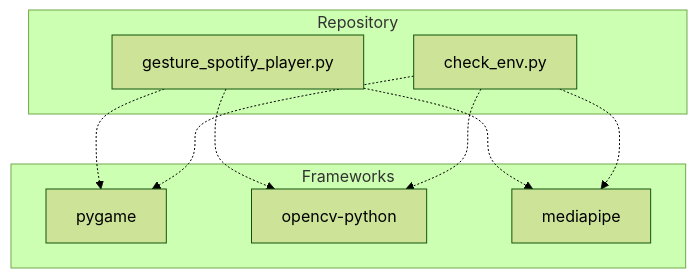
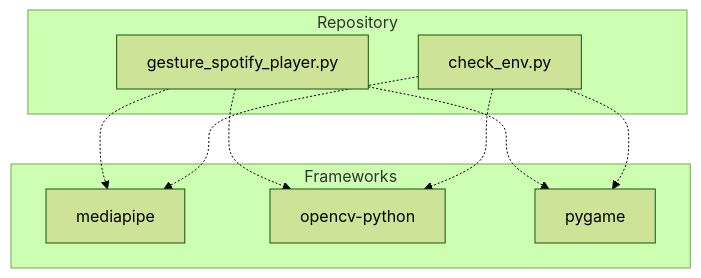
Before and after one commit to NITISH-R-G/PalmPlay1: the first of 2 diagrams in README.md, drawn with Mermaid (forest theme). The commit also changed other lines of this file and 3 other files, not shown here.

Commit message:
docs: update repository documentation and diagrams [skip ci]

````diff
--- a/README.md
+++ b/README.md
@@ -39,20 +39,20 @@
 ```mermaid
 graph TD
     subgraph Repository
         gesture_spotify_player_py[gesture_spotify_player.py]
         check_env_py[check_env.py]
         click gesture_spotify_player_py href "https://github.com/NITISH-R-G/PalmPlay1/blob/main/gesture_spotify_player.py" "View source code"
         click check_env_py href "https://github.com/NITISH-R-G/PalmPlay1/blob/main/check_env.py" "View source code"
     end
     subgraph Frameworks
+        fw_mediapipe[mediapipe]
+        fw_opencv_python[opencv-python]
         fw_pygame[pygame]
-        fw_opencv_python[opencv-python]
-        fw_mediapipe[mediapipe]
     end
+    gesture_spotify_player_py -.-> fw_mediapipe
+    gesture_spotify_player_py -.-> fw_opencv_python
     gesture_spotify_player_py -.-> fw_pygame
-    gesture_spotify_player_py -.-> fw_opencv_python
-    gesture_spotify_player_py -.-> fw_mediapipe
+    check_env_py -.-> fw_mediapipe
+    check_env_py -.-> fw_opencv_python
     check_env_py -.-> fw_pygame
-    check_env_py -.-> fw_opencv_python
-    check_env_py -.-> fw_mediapipe
 ```
````
